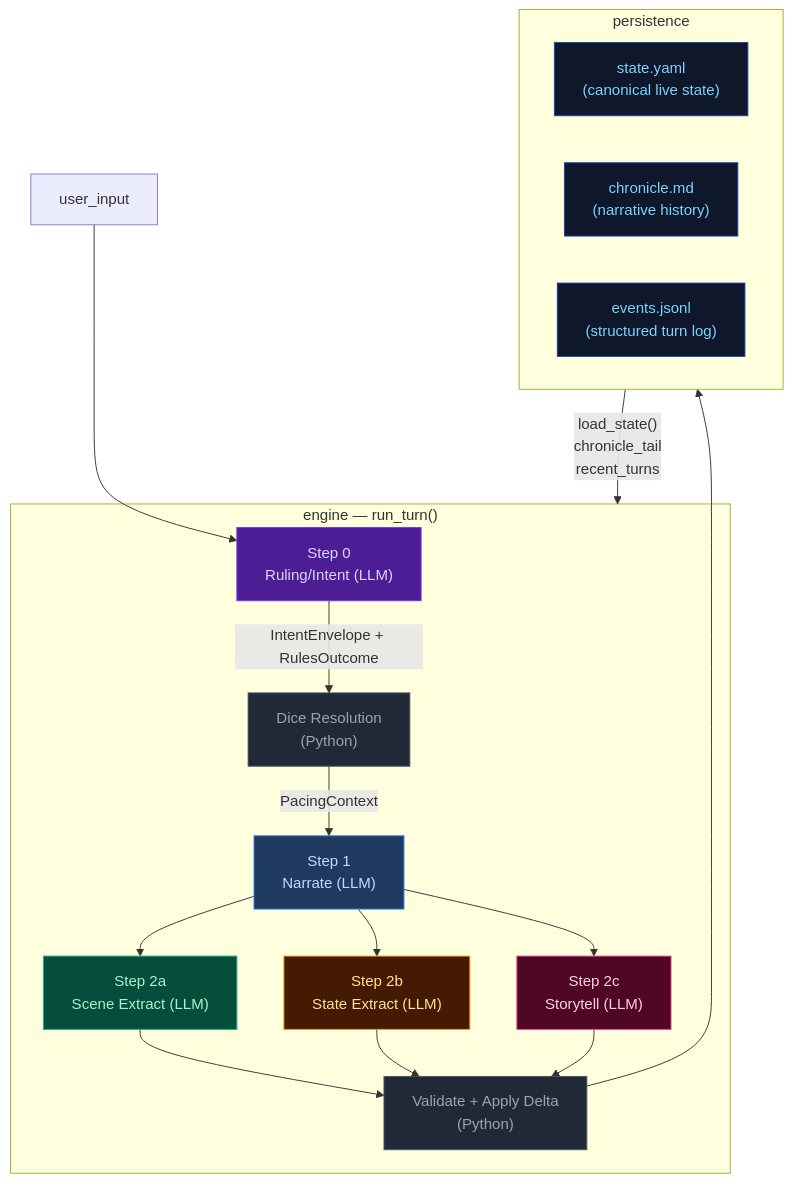
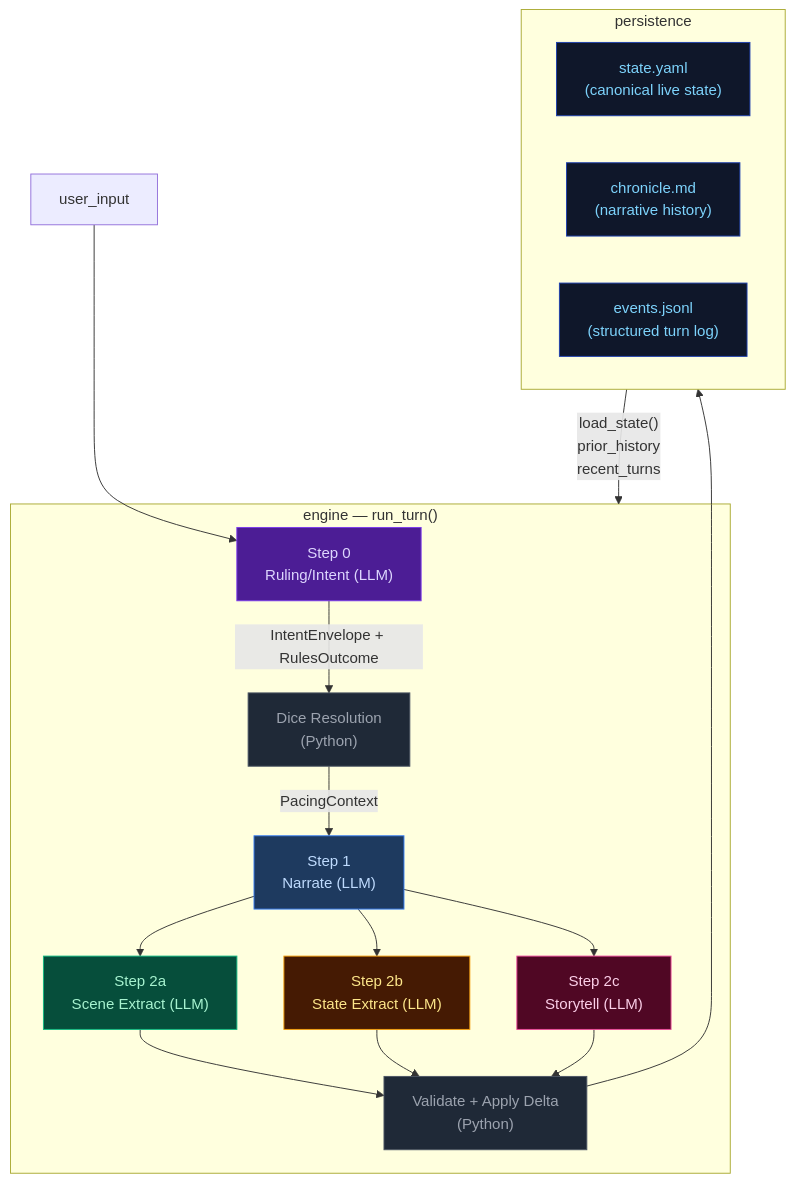
Before and after one commit to pww217/fablethread: the diagram in docs/architecture/OVERVIEW.md, drawn with Mermaid. The commit also changed other lines of this file and 4 other files, not shown here.

First line of the commit message:
docs: fix stale references in architecture docs after arc-system refactor

````diff
--- a/docs/architecture/OVERVIEW.md
+++ b/docs/architecture/OVERVIEW.md
@@ -10,36 +10,36 @@
 ```mermaid
 flowchart TD
     classDef stageRules    fill:#4c1d95,color:#ddd6fe,stroke:#7c3aed
     classDef stageNarrate  fill:#1e3a5f,color:#bfdbfe,stroke:#3b82f6
     classDef stageScene    fill:#064e3b,color:#a7f3d0,stroke:#10b981
     classDef stageState    fill:#451a03,color:#fde68a,stroke:#f59e0b
     classDef stageProgress fill:#500724,color:#fbcfe8,stroke:#ec4899
     classDef storageNode   fill:#0f172a,color:#7dd3fc,stroke:#1e40af
     classDef pyNode        fill:#1f2937,color:#9ca3af,stroke:#4b5563
 
     USER["user_input"]
 
     subgraph ENGINE["engine — run_turn()"]
         STEP0["Step 0<br>Ruling/Intent (LLM)"]:::stageRules
         DICE["Dice Resolution<br>(Python)"]:::pyNode
         STEP1["Step 1<br>Narrate (LLM)"]:::stageNarrate
         STEP2A["Step 2a<br>Scene Extract (LLM)"]:::stageScene
         STEP2B["Step 2b<br>State Extract (LLM)"]:::stageState
         STEP2C["Step 2c<br>Storytell (LLM)"]:::stageProgress
         VALIDATE["Validate + Apply Delta<br>(Python)"]:::pyNode
     end
 
     subgraph PERSISTENCE["persistence"]
         STATE["state.yaml<br>(canonical live state)"]:::storageNode
         CHRONICLE["chronicle.md<br>(narrative history)"]:::storageNode
         EVENTS["events.jsonl<br>(structured turn log)"]:::storageNode
     end
 
     USER --> STEP0
     STEP0 -- "IntentEnvelope + RulesOutcome" --> DICE
     DICE -- "PacingContext" --> STEP1
     STEP1 --> STEP2A & STEP2B & STEP2C
     STEP2A & STEP2B & STEP2C --> VALIDATE
     VALIDATE --> PERSISTENCE
-    PERSISTENCE -- "load_state()<br>chronicle_tail<br>recent_turns" --> ENGINE
+    PERSISTENCE -- "load_state()<br>prior_history<br>recent_turns" --> ENGINE
 ```
````
